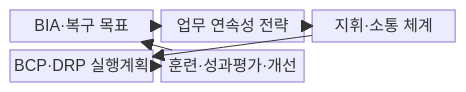
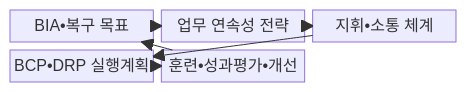
The first of 2 diagrams in src/content/docs/notes/05-security/110_business_continuity_plan.md (agnusdei1207/knowledge-base), drawn with Mermaid before and after one commit. The commit also changed other lines of this file and 953 other files, not shown here.

````diff
--- a/src/content/docs/notes/05-security/110_business_continuity_plan.md
+++ b/src/content/docs/notes/05-security/110_business_continuity_plan.md
@@ -63,14 +63,14 @@
 ```mermaid
 block
   columns 3
-  B["BIA·복구 목표"]
+  B["BIA•복구 목표"]
   S["업무 연속성 전략"]
-  C["지휘·소통 체계"]
-  P["BCP·DRP 실행계획"]
-  T["훈련·성과평가·개선"]
+  C["지휘•소통 체계"]
+  P["BCP•DRP 실행계획"]
+  T["훈련•성과평가•개선"]
   B --> S
   S --> C
   C --> P
   P --> T
   T --> B
 ```
````
